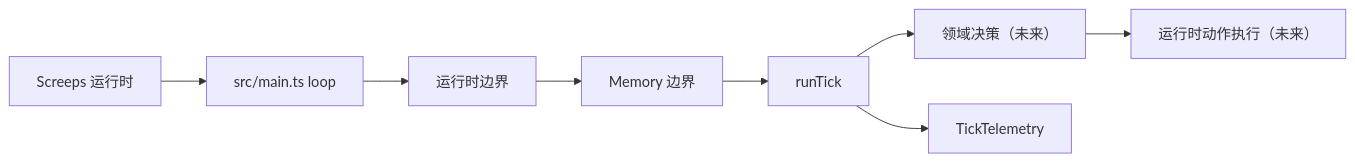
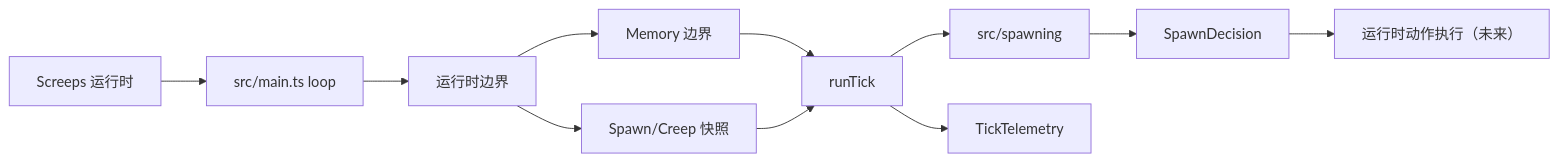
Before and after one commit to Hime-Hina/ScreepsScripts: the diagram in docs/architecture.md, drawn with Mermaid. The commit also changed other lines of this file and 11 other files, not shown here.

Commit message:
feat: add initial spawn decision

````diff
--- a/docs/architecture.md
+++ b/docs/architecture.md
@@ -5,10 +5,13 @@
 ```mermaid
 flowchart LR
   Screeps["Screeps 运行时"] --> Main["src/main.ts loop"]
   Main --> Boundary["运行时边界"]
   Boundary --> Memory["Memory 边界"]
+  Boundary --> SpawnSnapshot["Spawn/Creep 快照"]
   Memory --> Kernel["runTick"]
-  Kernel --> Domain["领域决策（未来）"]
-  Domain --> Actions["运行时动作执行（未来）"]
+  SpawnSnapshot --> Kernel
+  Kernel --> Spawning["src/spawning"]
+  Spawning --> SpawnDecision["SpawnDecision"]
+  SpawnDecision --> Actions["运行时动作执行（未来）"]
   Kernel --> Telemetry["TickTelemetry"]
 ```
````
